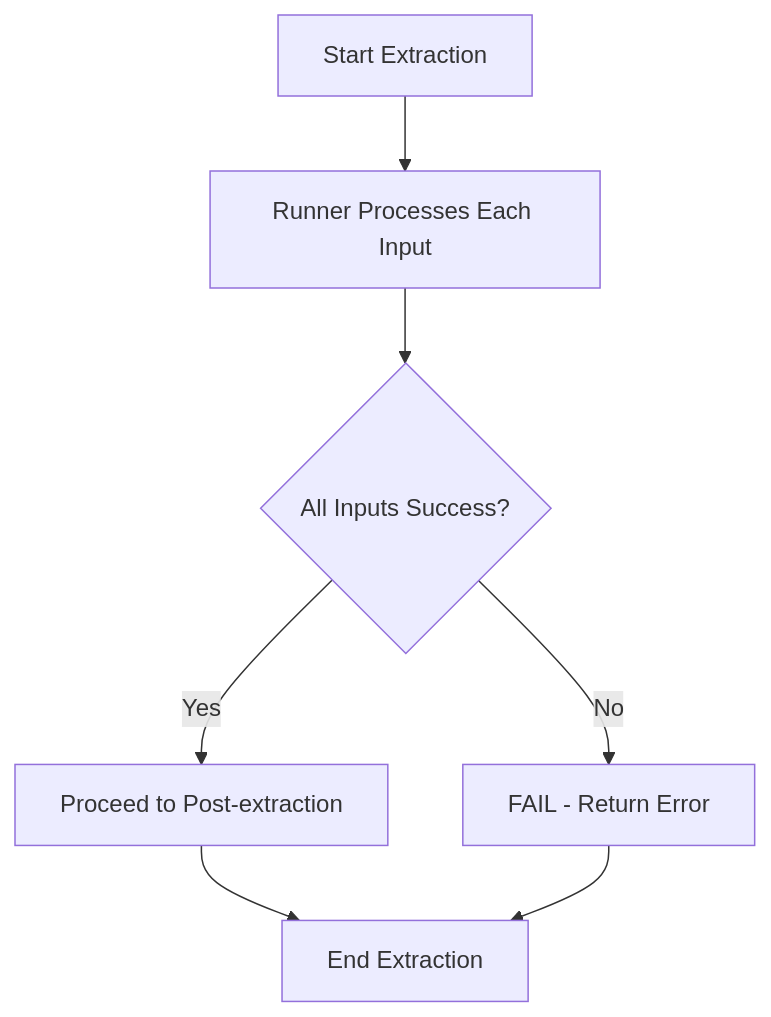
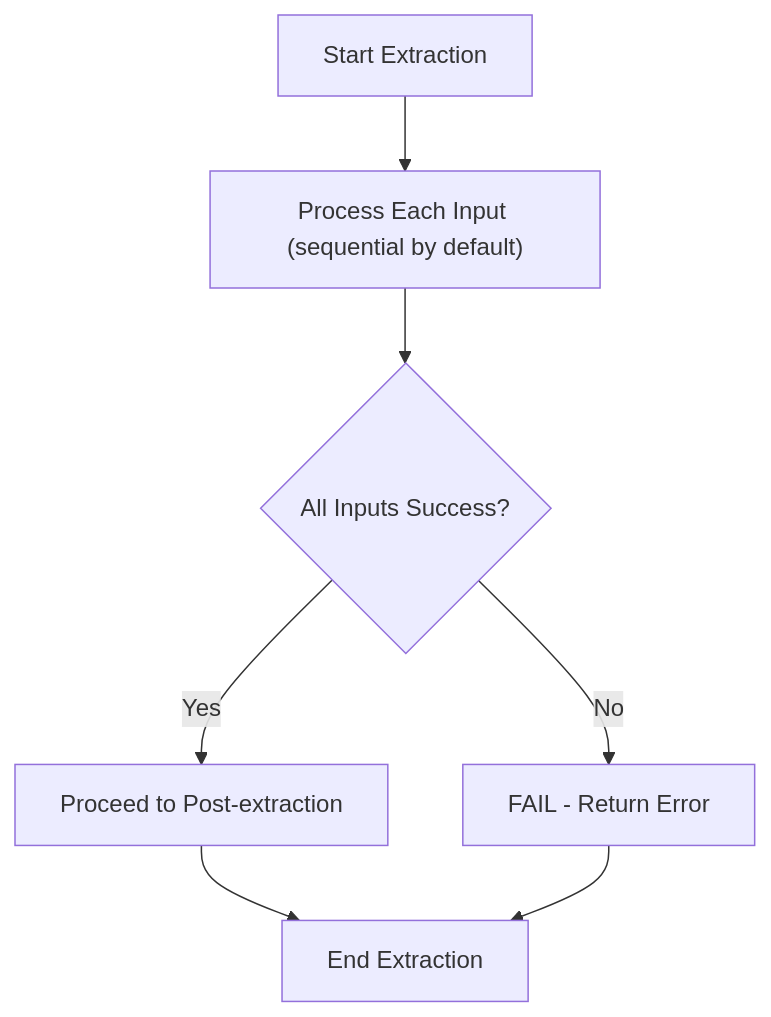
The second of 4 diagrams in docs/processing_engine/processor_execution_logic_v5.md (joowd-k9/clear-api-test), drawn with Mermaid before and after one commit. The commit also changed other lines of this file and 12 other files, not shown here.

````diff
--- a/docs/processing_engine/processor_execution_logic_v5.md
+++ b/docs/processing_engine/processor_execution_logic_v5.md
@@ -196,10 +450,10 @@
 ```mermaid
 graph TD
-    E0[Start Extraction] --> E1[Runner Processes Each Input]
-    E1 --> E2{All Inputs Success?}
-    E2 -->|Yes| E3[Proceed to Post-extraction]
-    E2 -->|No| E4[FAIL - Return Error]
-    E3 --> E5[End Extraction]
+    E0["Start Extraction"] --> E1["Process Each Input (sequential by default)"]
+    E1 --> E2{"All Inputs Success?"}
+    E2 -->|Yes| E3["Proceed to Post-extraction"]
+    E2 -->|No| E4["FAIL - Return Error"]
+    E3 --> E5["End Extraction"]
     E4 --> E5
 
 ```
````
